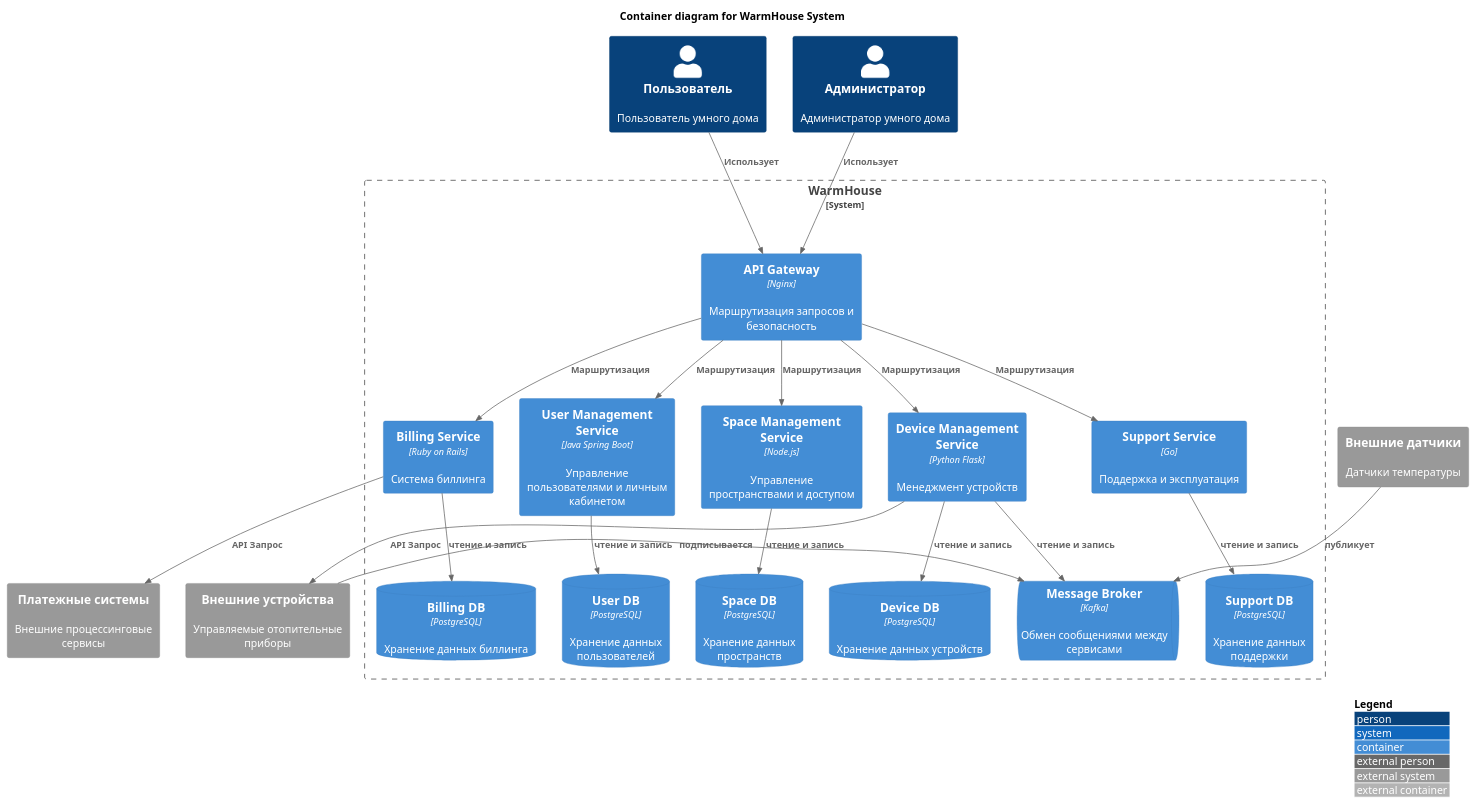
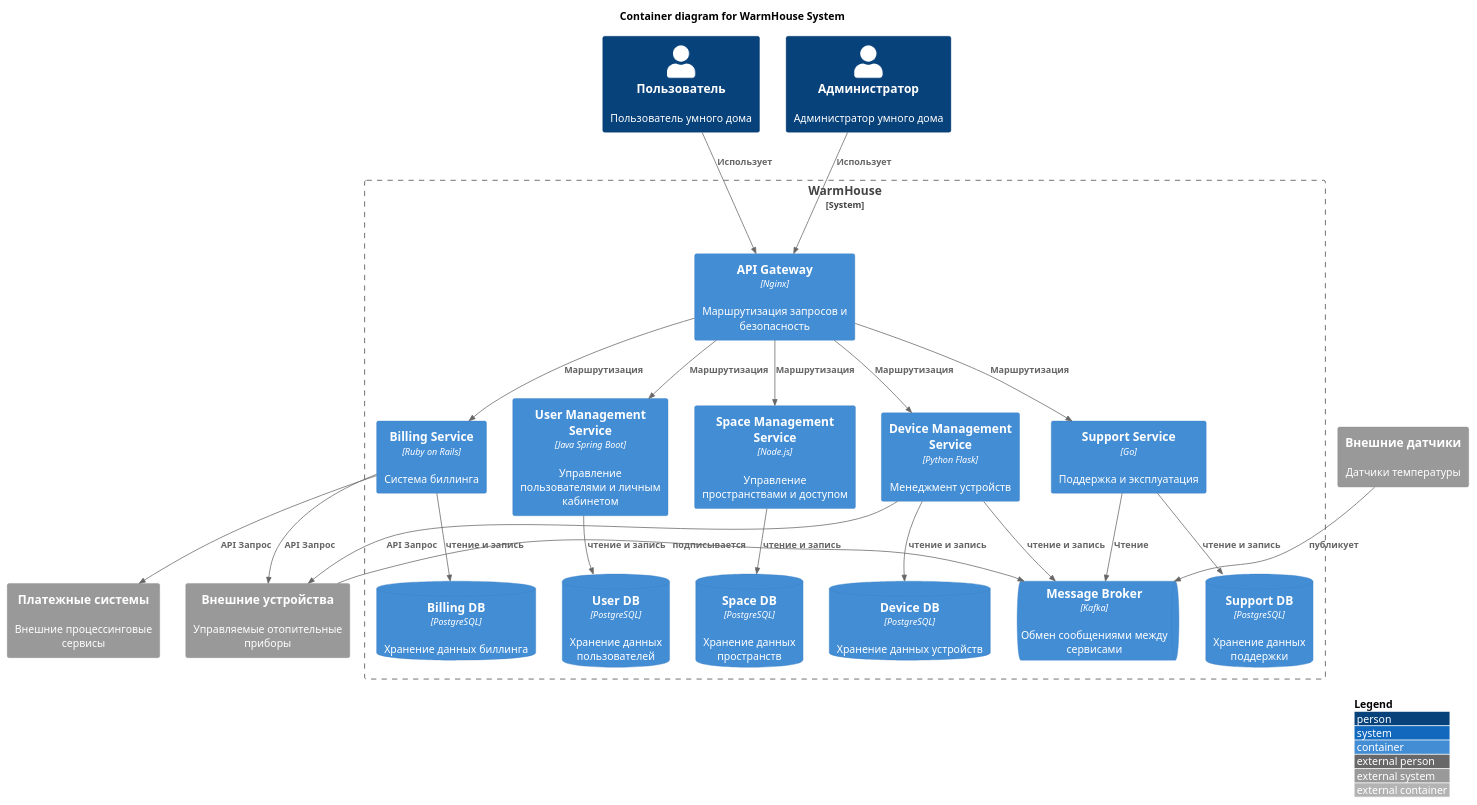
The diagram in test_task/WarmHause.pu (EgorRuina/glowing-octo-enigma), drawn with PlantUML before and after one commit.

Commit message:
upd: Added new connections in diagram

```diff
--- a/test_task/WarmHause.pu
+++ b/test_task/WarmHause.pu
@@ -1,56 +1,59 @@
 @startuml WarmHouse Container
 
 !include https://raw.githubusercontent.com/plantuml-stdlib/C4-PlantUML/master/C4_Container.puml
 
 
 LAYOUT_WITH_LEGEND()
 
 title Container diagram for WarmHouse System
 
 Person(user, "Пользователь", "Пользователь умного дома")
 Person(admin, "Администратор", "Администратор умного дома")
 
 System_Boundary(warmhouse, "WarmHouse") {
     Container(api_gateway, "API Gateway", "Nginx", "Маршрутизация запросов и безопасность")
     Container(user_management_service, "User Management Service", "Java Spring Boot", "Управление пользователями и личным кабинетом")
     Container(space_management_service, "Space Management Service", "Node.js", "Управление пространствами и доступом")
     Container(device_management_service, "Device Management Service", "Python Flask", "Менеджмент устройств")
     Container(billing_service, "Billing Service", "Ruby on Rails", "Система биллинга")
     Container(support_service, "Support Service", "Go", "Поддержка и эксплуатация")
     
     ContainerDb(user_db, "User DB", "PostgreSQL", "Хранение данных пользователей")
     ContainerDb(space_db, "Space DB", "PostgreSQL", "Хранение данных пространств")
     ContainerDb(device_db, "Device DB", "PostgreSQL", "Хранение данных устройств")
     ContainerDb(billing_db, "Billing DB", "PostgreSQL", "Хранение данных биллинга")
     ContainerDb(support_db, "Support DB", "PostgreSQL", "Хранение данных поддержки")
     
     ContainerQueue(message_broker, "Message Broker", "Kafka", "Обмен сообщениями между сервисами")
 }
 
 System_Ext(controllers, "Внешние устройства", "Управляемые отопительные приборы")
 System_Ext(sensors, "Внешние датчики", "Датчики температуры")
 System_Ext(payment_providers, "Платежные системы", "Внешние процессинговые сервисы")
 
 Rel(user, api_gateway, "Использует")
 Rel(admin, api_gateway, "Использует")
 
 Rel(api_gateway, user_management_service, "Маршрутизация")
 Rel(api_gateway, space_management_service, "Маршрутизация")
 Rel(api_gateway, device_management_service, "Маршрутизация")
 Rel(api_gateway, billing_service, "Маршрутизация")
 Rel(api_gateway, support_service, "Маршрутизация")
 
 Rel(user_management_service, user_db, "чтение и запись")
 Rel(space_management_service, space_db, "чтение и запись")
 Rel(device_management_service, device_db, "чтение и запись")
 Rel(billing_service, billing_db, "чтение и запись")
 Rel(support_service, support_db, "чтение и запись")
 
 Rel(controllers, message_broker, "подписывается")
 Rel(sensors, message_broker, "публикует")
 Rel(device_management_service, message_broker, "чтение и запись")
 Rel(device_management_service, controllers, "API Запрос")
 
 Rel(billing_service, payment_providers, "API Запрос")
 
+Rel(support_service, message_broker, "Чтение")
+Rel(billing_service, controllers, "API Запрос")
+
 @enduml
```
